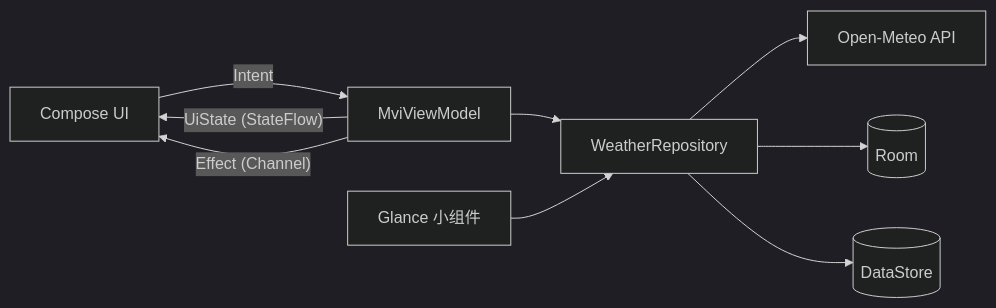
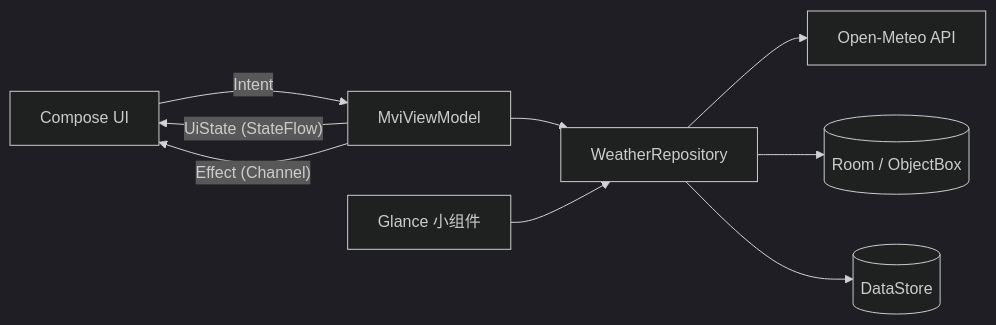
Before and after one commit to Git-a-Live/ComposeWeather: the diagram in README.md, drawn with Mermaid (dark theme). The commit also changed other lines of this file, not shown here.

First line of the commit message:
docs(readme): 补充 ObjectBox 本地存储双路线说明

````diff
--- a/README.md
+++ b/README.md
@@ -48,11 +59,11 @@
 ```mermaid
 flowchart LR
     UI["Compose UI"] -- Intent --> VM["MviViewModel"]
     VM -- "UiState (StateFlow)" --> UI
     VM -- "Effect (Channel)" --> UI
     VM --> Repo["WeatherRepository"]
     Repo --> Remote["Open-Meteo API"]
-    Repo --> DB[("Room")]
+    Repo --> DB[("Room / ObjectBox")]
     Repo --> Prefs[("DataStore")]
     Widget["Glance 小组件"] --> Repo
 ```
````
